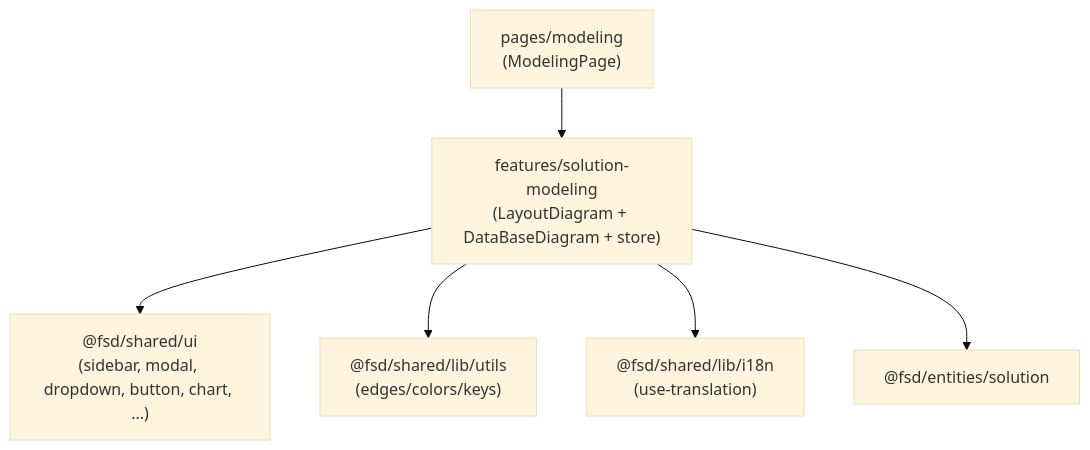
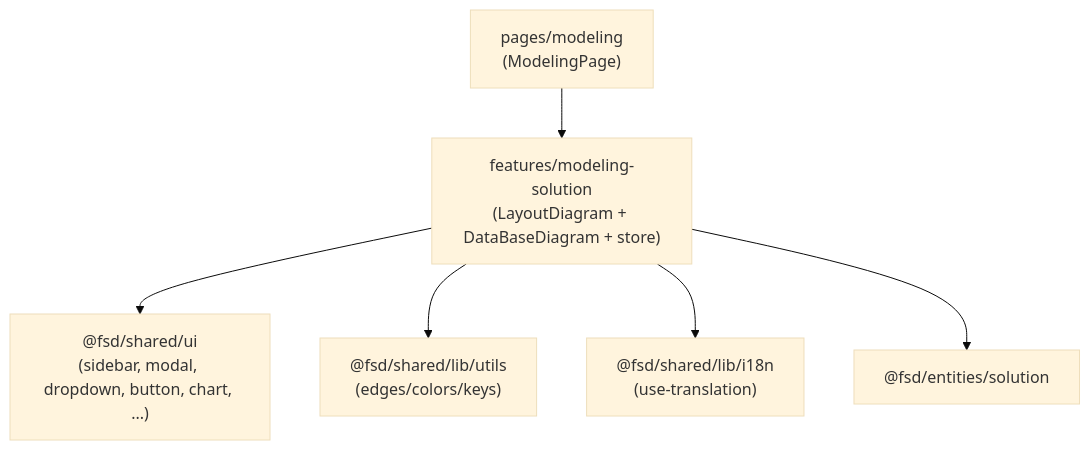
Before and after one commit to QOLQA/DBCapibara-next: the fourth of 9 diagrams in docs/architecture/frontend-fsd-architecture.md, drawn with Mermaid (base theme). The commit also changed other lines of this file and 31 other files, not shown here.

Commit message:
refactor(fsd): solution-modeling → modeling-solution

````diff
--- a/docs/architecture/frontend-fsd-architecture.md
+++ b/docs/architecture/frontend-fsd-architecture.md
@@ -190,8 +190,8 @@
 ```mermaid
 flowchart TB
-  pageCanva["pages/modeling\n(ModelingPage)"] --> featSolutionModeling["features/solution-modeling\n(LayoutDiagram + DataBaseDiagram + store)"]
-  featSolutionModeling --> sharedUi["@fsd/shared/ui\n(sidebar, modal, dropdown, button, chart, ...)"]
-  featSolutionModeling --> sharedLibUtils["@fsd/shared/lib/utils\n(edges/colors/keys)"]
-  featSolutionModeling --> sharedLibI18n["@fsd/shared/lib/i18n\n(use-translation)"]
-  featSolutionModeling --> entSolution["@fsd/entities/solution"]
+  pageCanva["pages/modeling\n(ModelingPage)"] --> featModelingSolution["features/modeling-solution\n(LayoutDiagram + DataBaseDiagram + store)"]
+  featModelingSolution --> sharedUi["@fsd/shared/ui\n(sidebar, modal, dropdown, button, chart, ...)"]
+  featModelingSolution --> sharedLibUtils["@fsd/shared/lib/utils\n(edges/colors/keys)"]
+  featModelingSolution --> sharedLibI18n["@fsd/shared/lib/i18n\n(use-translation)"]
+  featModelingSolution --> entSolution["@fsd/entities/solution"]
 ```
````
